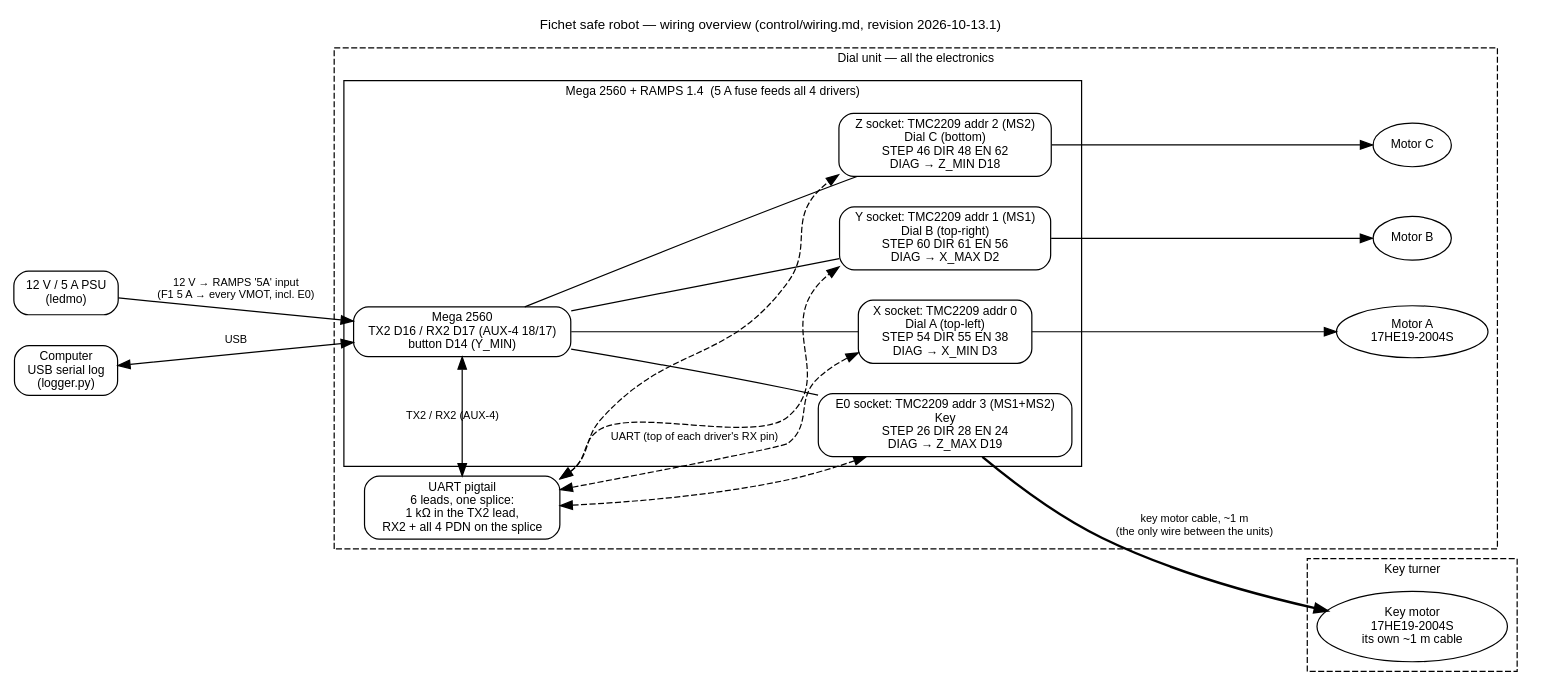
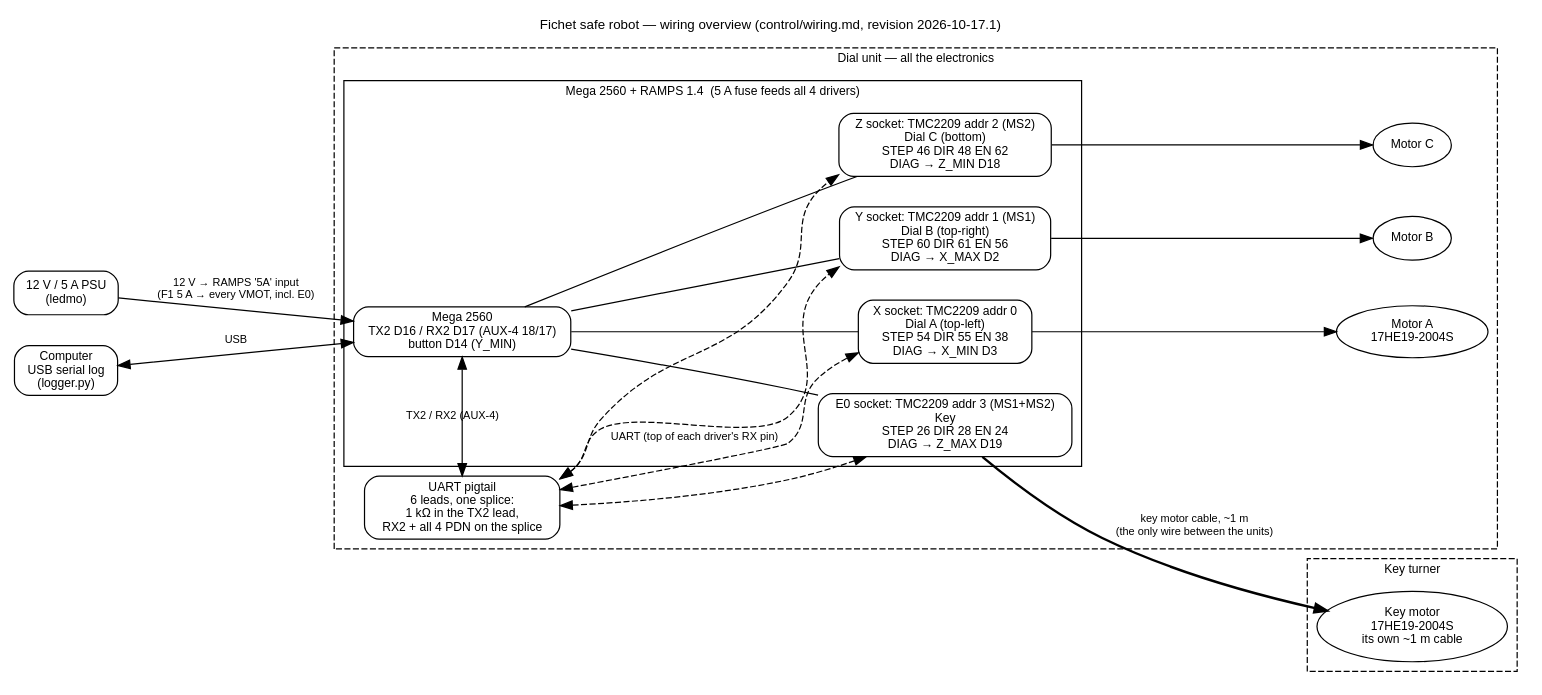
One commit to paulforrester/fichet-safe-robot changed the diagram in control/harness/overview.dot. Above: the diagram before and after it, drawn with Graphviz. The commit also changed 40 other files, not shown here.

```diff
--- a/control/harness/overview.dot
+++ b/control/harness/overview.dot
@@ -1,43 +1,43 @@
 // System overview for the Fichet safe robot wiring — see control/wiring.md.
 // Render: dot -Tsvg control/harness/overview.dot -o control/harness/overview.svg
 // Project revision 2026-10-08.2: all four drivers on the RAMPS (key in E0); UART pigtail replaces the hub board.
 digraph overview {
-  graph [rankdir=LR, fontname="Helvetica", fontsize=11, nodesep=0.35, ranksep=0.7, label="Fichet safe robot — wiring overview (control/wiring.md, revision 2026-10-13.1)", labelloc=t];
+  graph [rankdir=LR, fontname="Helvetica", fontsize=11, nodesep=0.35, ranksep=0.7, label="Fichet safe robot — wiring overview (control/wiring.md, revision 2026-10-17.1)", labelloc=t];
   node  [shape=box, style="rounded", fontname="Helvetica", fontsize=10];
   edge  [fontname="Helvetica", fontsize=9];
 
   psu  [label="12 V / 5 A PSU\n(ledmo)"];
   usb  [label="Computer\nUSB serial log\n(logger.py)"];
 
   subgraph cluster_dial {
     label="Dial unit — all the electronics"; style=dashed; fontsize=10;
     uart [label="UART pigtail\n6 leads, one splice:\n1 kΩ in the TX2 lead,\nRX2 + all 4 PDN on the splice"];
     subgraph cluster_ramps {
       label="Mega 2560 + RAMPS 1.4  (5 A fuse feeds all 4 drivers)"; style=solid; fontsize=10;
       mega [label="Mega 2560\nTX2 D16 / RX2 D17 (AUX-4 18/17)\nbutton D14 (Y_MIN)"];
       x    [label="X socket: TMC2209 addr 0\nDial A (top-left)\nSTEP 54 DIR 55 EN 38\nDIAG → X_MIN D3"];
       y    [label="Y socket: TMC2209 addr 1 (MS1)\nDial B (top-right)\nSTEP 60 DIR 61 EN 56\nDIAG → X_MAX D2"];
       z    [label="Z socket: TMC2209 addr 2 (MS2)\nDial C (bottom)\nSTEP 46 DIR 48 EN 62\nDIAG → Z_MIN D18"];
       e0   [label="E0 socket: TMC2209 addr 3 (MS1+MS2)\nKey\nSTEP 26 DIR 28 EN 24\nDIAG → Z_MAX D19"];
     }
     ma [label="Motor A\n17HE19-2004S", shape=ellipse];
     mb [label="Motor B", shape=ellipse];
     mc [label="Motor C", shape=ellipse];
   }
 
   subgraph cluster_key {
     label="Key turner"; style=dashed; fontsize=10;
     mk  [label="Key motor\n17HE19-2004S\nits own ~1 m cable", shape=ellipse];
   }
 
   psu -> mega [label="12 V → RAMPS '5A' input\n(F1 5 A → every VMOT, incl. E0)"];
   usb -> mega [dir=both, label="USB"];
   mega -> x [arrowhead=none]; mega -> y [arrowhead=none]; mega -> z [arrowhead=none]; mega -> e0 [arrowhead=none];
   x -> ma; y -> mb; z -> mc;
   e0 -> mk [penwidth=2, label="key motor cable, ~1 m\n(the only wire between the units)"];
   uart -> x [dir=both, style=dashed, label="UART (top of each driver's RX pin)"];
   uart -> y [dir=both, style=dashed];
   uart -> z [dir=both, style=dashed];
   uart -> e0 [dir=both, style=dashed];
   mega -> uart [dir=both, label="TX2 / RX2 (AUX-4)"];
 }
```
